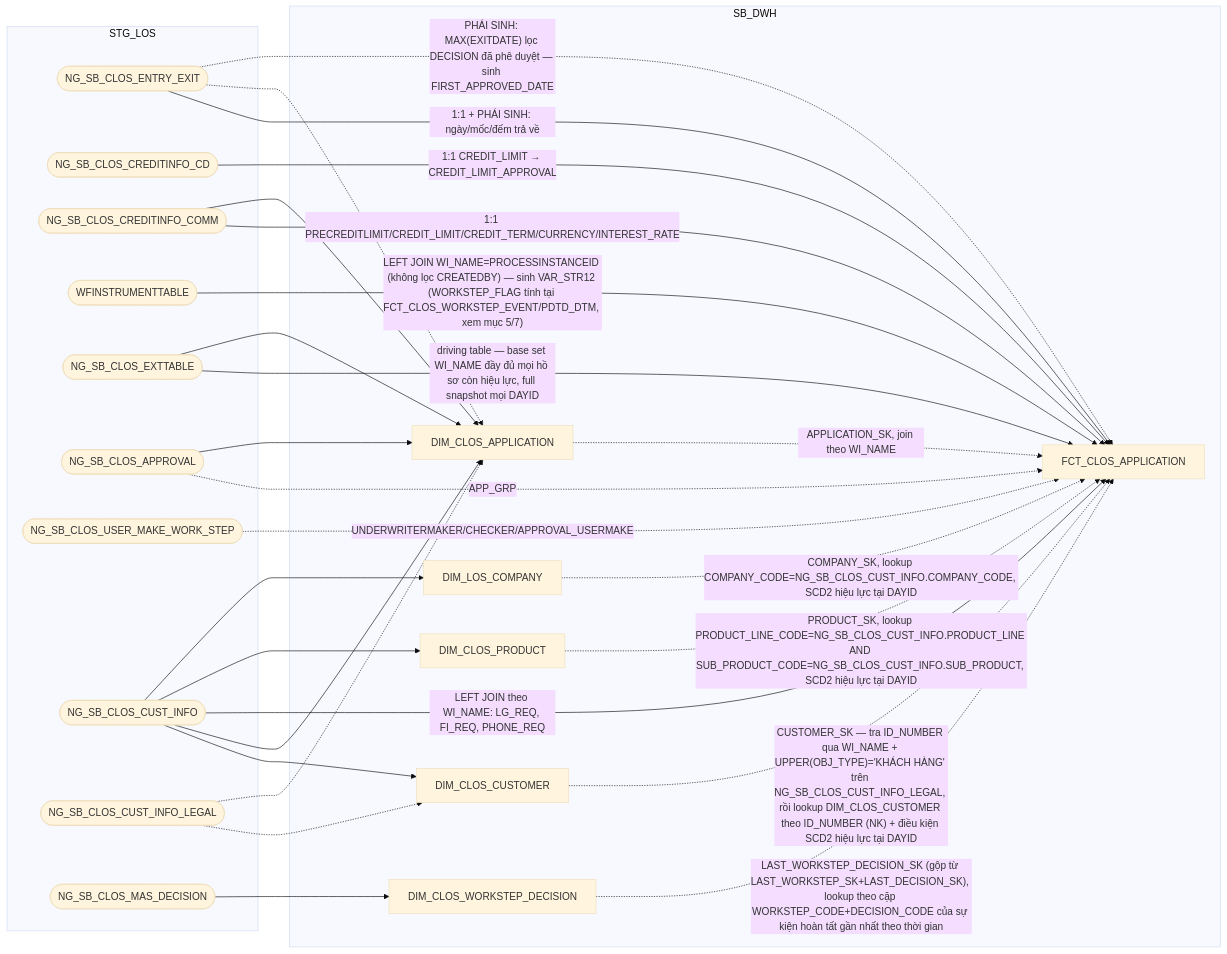
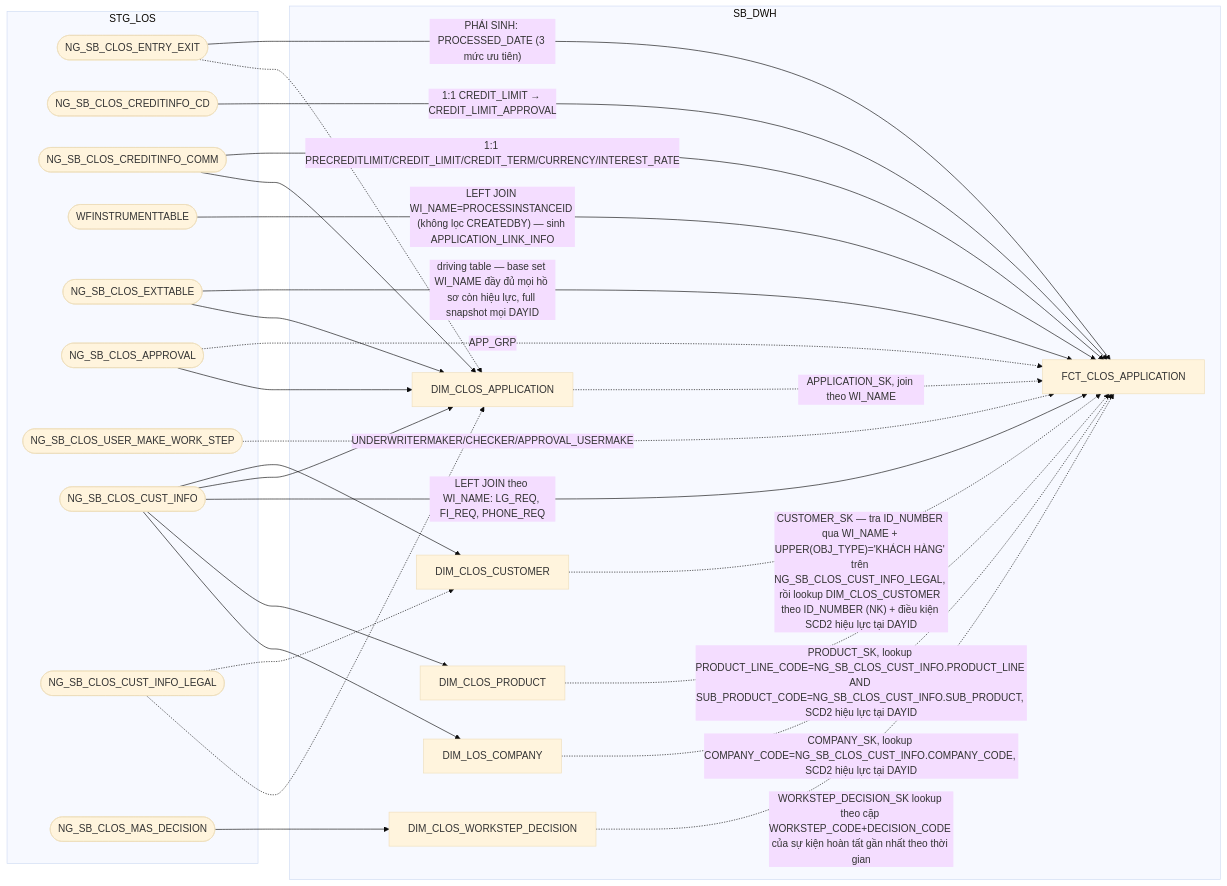
One commit to chien1198/sb-mapping-gen changed the first of 14 diagrams in hld/hld_review/HLD_FCT_SB_DWH_review.md. Above: the diagram before and after it, drawn with Mermaid (base theme). The commit also changed other lines of this file and 124 other files, not shown here.

````diff
--- a/hld/hld_review/HLD_FCT_SB_DWH_review.md
+++ b/hld/hld_review/HLD_FCT_SB_DWH_review.md
@@ -26,48 +24,47 @@
 ```mermaid
 flowchart LR
     subgraph STG_LOS
         A(["NG_SB_CLOS_ENTRY_EXIT"])
         B(["NG_SB_CLOS_CREDITINFO_CD"])
         C(["NG_SB_CLOS_CREDITINFO_COMM"])
         D(["WFINSTRUMENTTABLE"])
         F(["NG_SB_CLOS_EXTTABLE"])
         G(["NG_SB_CLOS_APPROVAL"])
         H(["NG_SB_CLOS_USER_MAKE_WORK_STEP"])
         M(["NG_SB_CLOS_CUST_INFO"])
         ML(["NG_SB_CLOS_CUST_INFO_LEGAL"])
         MW(["NG_SB_CLOS_MAS_DECISION"])
     end
     subgraph SB_DWH
         K["DIM_CLOS_CUSTOMER"]
         WD["DIM_CLOS_WORKSTEP_DECISION"]
         PR["DIM_CLOS_PRODUCT"]
         OU["DIM_LOS_COMPANY"]
         AP["DIM_CLOS_APPLICATION"]
         E["FCT_CLOS_APPLICATION"]
     end
-    A -->|1:1 + PHÁI SINH: ngày/mốc/đếm trả về| E
+    A -->|"PHÁI SINH: PROCESSED_DATE (3 mức ưu tiên)"| E
     B -->|1:1 CREDIT_LIMIT → CREDIT_LIMIT_APPROVAL| E
     C -->|1:1 PRECREDITLIMIT/CREDIT_LIMIT/CREDIT_TERM/CURRENCY/INTEREST_RATE| E
-    D -->|"LEFT JOIN WI_NAME=PROCESSINSTANCEID (không lọc CREATEDBY) — sinh VAR_STR12 (WORKSTEP_FLAG tính tại FCT_CLOS_WORKSTEP_EVENT/PDTD_DTM, xem mục 5/7)"| E
+    D -->|"LEFT JOIN WI_NAME=PROCESSINSTANCEID (không lọc CREATEDBY) — sinh APPLICATION_LINK_INFO"| E
     F -->|"driving table — base set WI_NAME đầy đủ mọi hồ sơ còn hiệu lực, full snapshot mọi DAYID"| E
     G -.->|"APP_GRP"| E
     H -.->|"UNDERWRITERMAKER/CHECKER/APPROVAL_USERMAKE"| E
     K -.->|"CUSTOMER_SK — tra ID_NUMBER qua WI_NAME + UPPER(OBJ_TYPE)='KHÁCH HÀNG' trên NG_SB_CLOS_CUST_INFO_LEGAL, rồi lookup DIM_CLOS_CUSTOMER theo ID_NUMBER (NK) + điều kiện SCD2 hiệu lực tại DAYID"| E
     M --> K
     ML -.-> K
     MW --> WD
-    WD -.->|"LAST_WORKSTEP_DECISION_SK (gộp từ LAST_WORKSTEP_SK+LAST_DECISION_SK), lookup theo cặp WORKSTEP_CODE+DECISION_CODE của sự kiện hoàn tất gần nhất theo thời gian"| E
+    WD -.->|"WORKSTEP_DECISION_SK lookup theo cặp WORKSTEP_CODE+DECISION_CODE của sự kiện hoàn tất gần nhất theo thời gian"| E
     PR -.->|"PRODUCT_SK, lookup PRODUCT_LINE_CODE=NG_SB_CLOS_CUST_INFO.PRODUCT_LINE AND SUB_PRODUCT_CODE=NG_SB_CLOS_CUST_INFO.SUB_PRODUCT, SCD2 hiệu lực tại DAYID"| E
     OU -.->|"COMPANY_SK, lookup COMPANY_CODE=NG_SB_CLOS_CUST_INFO.COMPANY_CODE, SCD2 hiệu lực tại DAYID"| E
     F --> AP
     M --> AP
     ML -.-> AP
     G --> AP
     A -.-> AP
     C --> AP
     AP -.->|"APPLICATION_SK, join theo WI_NAME"| E
-    A -.->|"PHÁI SINH: MAX(EXITDATE) lọc DECISION đã phê duyệt — sinh FIRST_APPROVED_DATE"| E
     M -->|"LEFT JOIN theo WI_NAME: LG_REQ, FI_REQ, PHONE_REQ"| E
     M --> PR
     M --> OU
 ```
````
